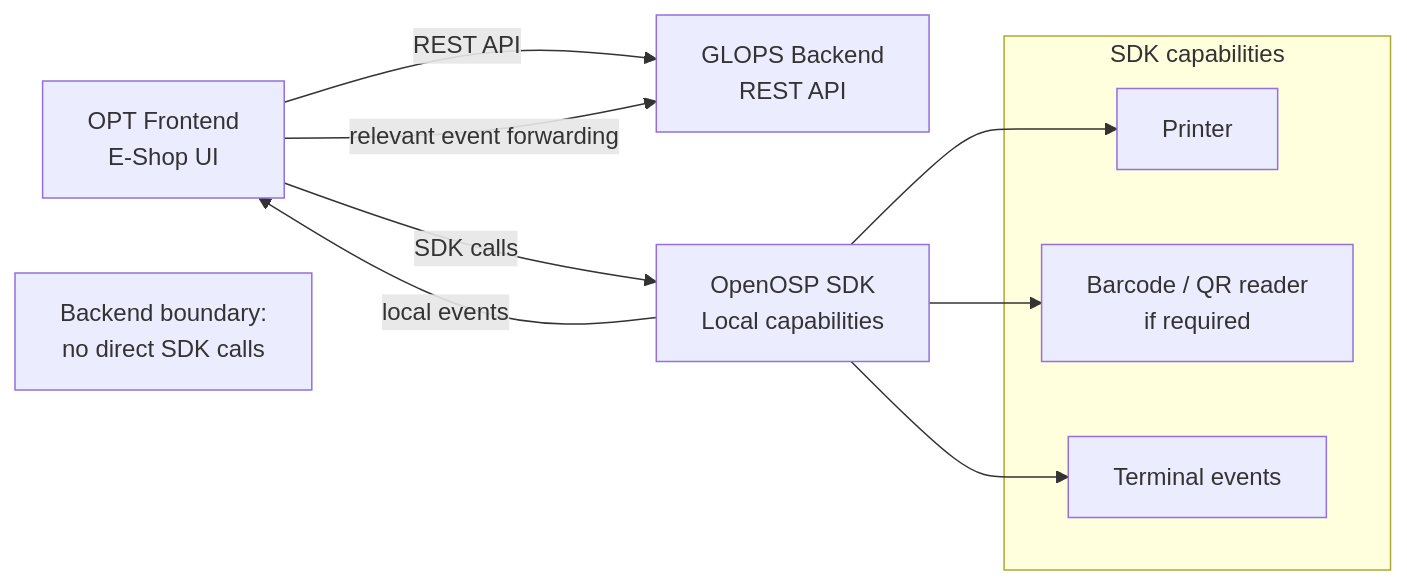
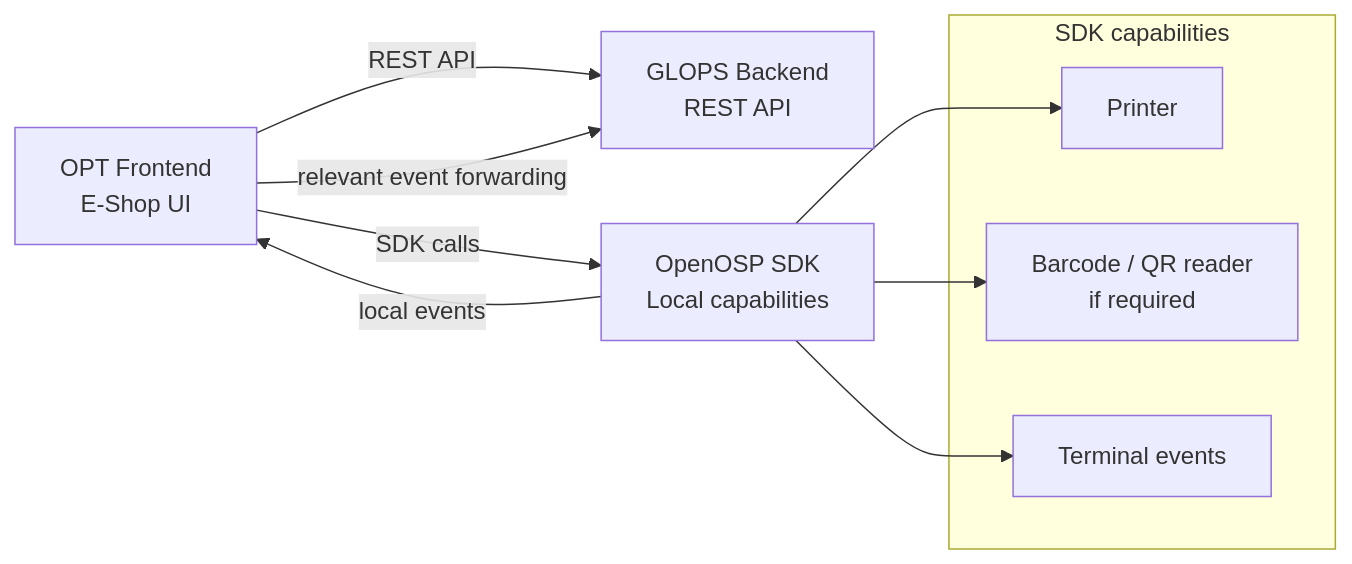
Before and after one commit to mamzpy/glops-backend: the seventh of 8 diagrams in docs/architecture/data-ownership-and-system-flows.it.md, drawn with Mermaid. The commit also changed other lines of this file, not shown here.

Commit message:
docs: update data ownership and system flows

````diff
--- a/docs/architecture/data-ownership-and-system-flows.it.md
+++ b/docs/architecture/data-ownership-and-system-flows.it.md
@@ -306,23 +305,22 @@
 ```mermaid
 flowchart LR
     FE["OPT Frontend\nE-Shop UI"]
     BE["GLOPS Backend\nREST API"]
     SDK["OpenOSP SDK\nLocal capabilities"]
 
     FE -->|"REST API"| BE
     FE -->|"SDK calls"| SDK
     SDK -->|"local events"| FE
     FE -->|"relevant event forwarding"| BE
 
-    NOTE["Backend boundary:\nno direct SDK calls"]
 
     subgraph SDKDETAILS["SDK capabilities"]
         PRINT["Printer"]
         BARCODE["Barcode / QR reader\nif required"]
         EVENTS["Terminal events"]
     end
 
     SDK --> PRINT
     SDK --> BARCODE
     SDK --> EVENTS
 ```
````
